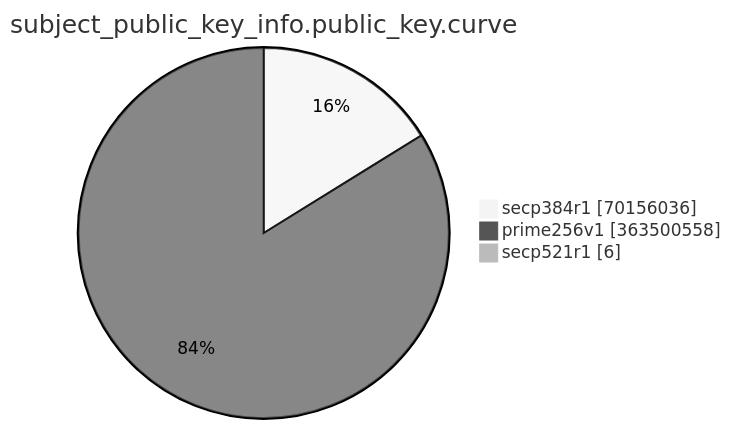
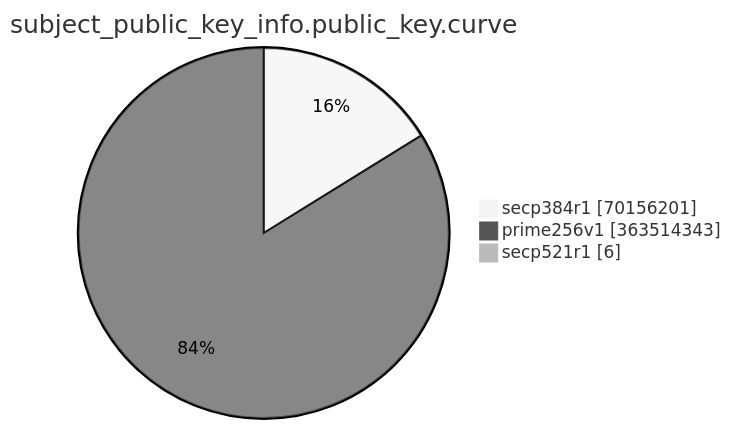
One commit to christiankrug/ctmonitor_visualization changed the eighth of 15 diagrams in TOTAL/README.md. Above: the diagram before and after it, drawn with Mermaid (neutral theme). The commit also changed other lines of this file, not shown here.

````diff
--- a/TOTAL/README.md
+++ b/TOTAL/README.md
@@ -3088,7 +3088,7 @@
 ```mermaid
 pie showData
 title subject_public_key_info.public_key.curve
-"secp384r1" :70156036
-"prime256v1" :363500558
+"secp384r1" :70156201
+"prime256v1" :363514343
 "secp521r1" :6
 ```
````
